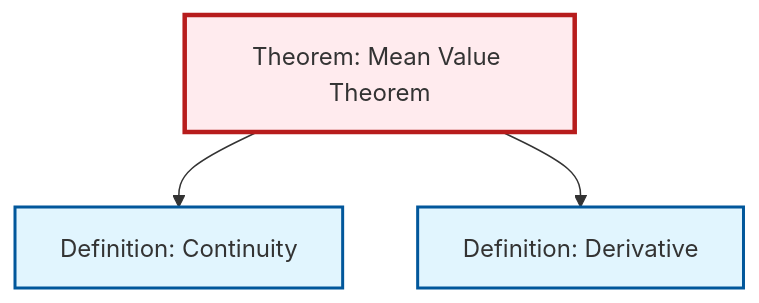
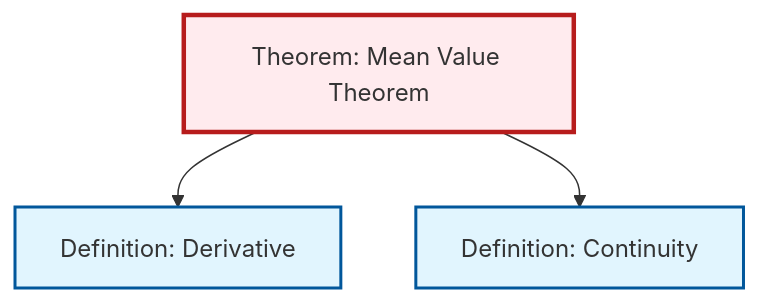
Before and after one commit to RK0429/ModernMath: the diagram in content/ja/analysis/thm-mean-value.qmd, drawn with Mermaid. The commit also changed other lines of this file and 360 other files, not shown here.

````diff
--- a/content/ja/analysis/thm-mean-value.qmd
+++ b/content/ja/analysis/thm-mean-value.qmd
@@ -80,17 +80,17 @@
 ```{mermaid}
 %%| fig-cap: "Local dependency graph"
 graph TD
     classDef definition fill:#e1f5fe,stroke:#01579b,stroke-width:2px
     classDef theorem fill:#f3e5f5,stroke:#4a148c,stroke-width:2px
     classDef axiom fill:#fff3e0,stroke:#e65100,stroke-width:2px
     classDef example fill:#e8f5e9,stroke:#1b5e20,stroke-width:2px
     classDef current fill:#ffebee,stroke:#b71c1c,stroke-width:3px
+    def-derivative["Definition: Derivative"]:::definition
+    thm-mean-value["Theorem: Mean Value Theorem"]:::theorem
     def-continuity["Definition: Continuity"]:::definition
-    thm-mean-value["Theorem: Mean Value Theorem"]:::theorem
-    def-derivative["Definition: Derivative"]:::definition
+    thm-mean-value --> def-derivative
     thm-mean-value --> def-continuity
-    thm-mean-value --> def-derivative
     class thm-mean-value current
+    click def-derivative "def-derivative.html" "Definition: Derivativeへ"
     click def-continuity "def-continuity.html" "Definition: Continuityへ"
-    click def-derivative "def-derivative.html" "Definition: Derivativeへ"
 ```
````
